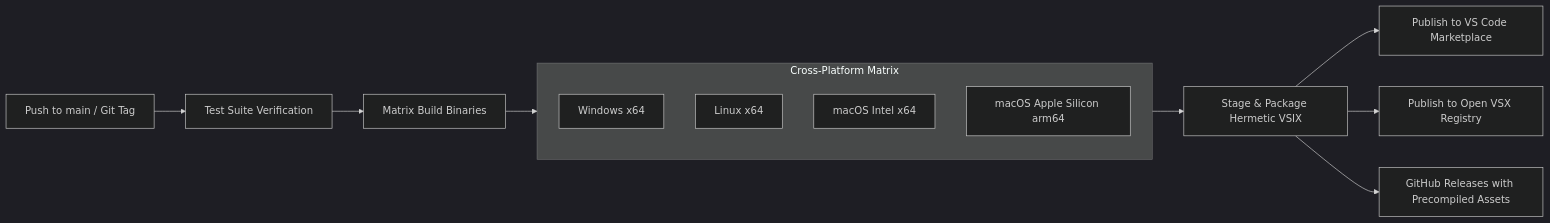
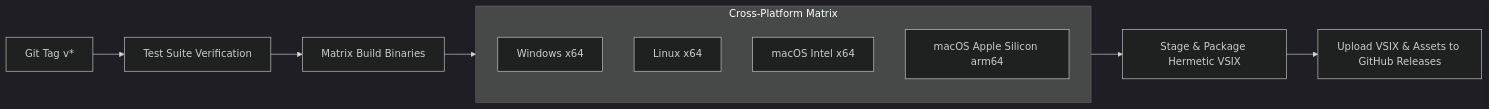
Before and after one commit to c0mbit/ruxel-studio: the second of 2 diagrams in README.md, drawn with Mermaid (dark theme). The commit also changed other lines of this file and 5 other files, not shown here.

Commit message:
chore: fully migrate distribution to GitHub Releases, clean up documentation and README instructions

````diff
--- a/README.md
+++ b/README.md
@@ -311,18 +332,16 @@
 ```mermaid
 flowchart LR
-    A[Push to main / Git Tag] --> B[Test Suite Verification]
+    A[Git Tag v*] --> B[Test Suite Verification]
     B --> C[Matrix Build Binaries]
     
     subgraph Matrix["Cross-Platform Matrix"]
         W[Windows x64]
         L[Linux x64]
         M1[macOS Intel x64]
         M2[macOS Apple Silicon arm64]
     end
     
     C --> Matrix
     Matrix --> D[Stage & Package Hermetic VSIX]
-    D --> E[Publish to VS Code Marketplace]
-    D --> F[Publish to Open VSX Registry]
-    D --> G[GitHub Releases with Precompiled Assets]
+    D --> E[Upload VSIX & Assets to GitHub Releases]
 ```
````
